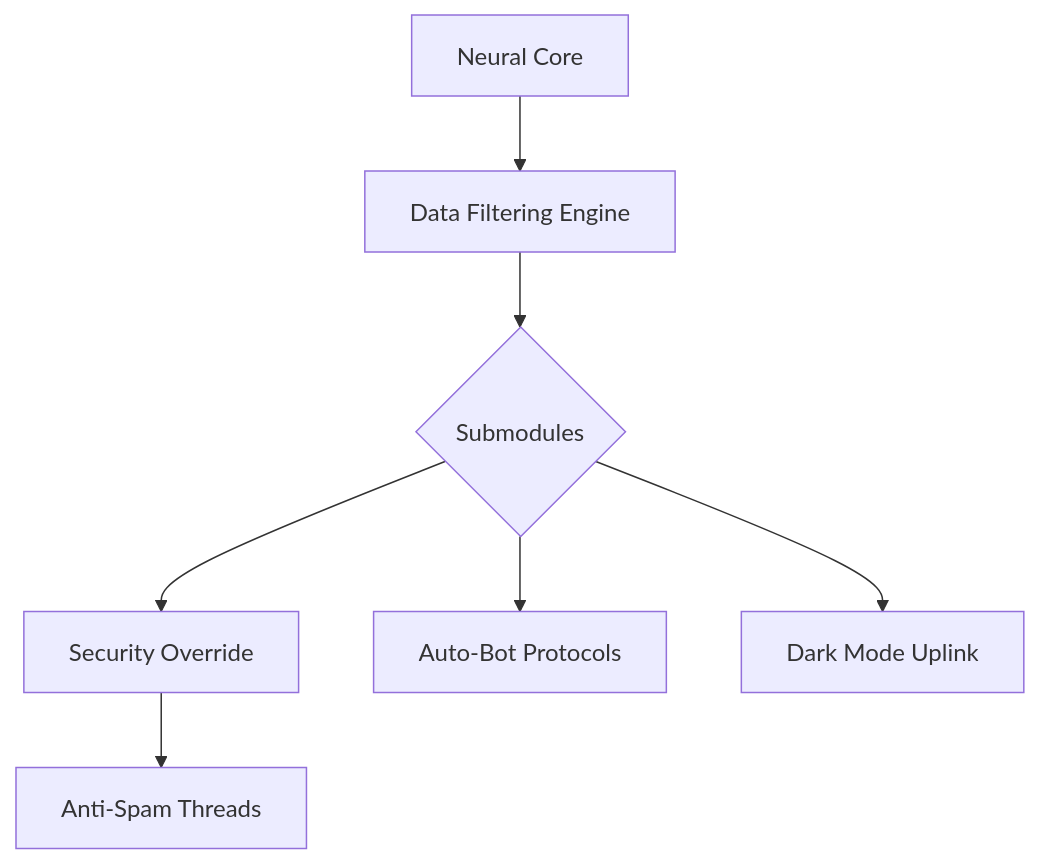
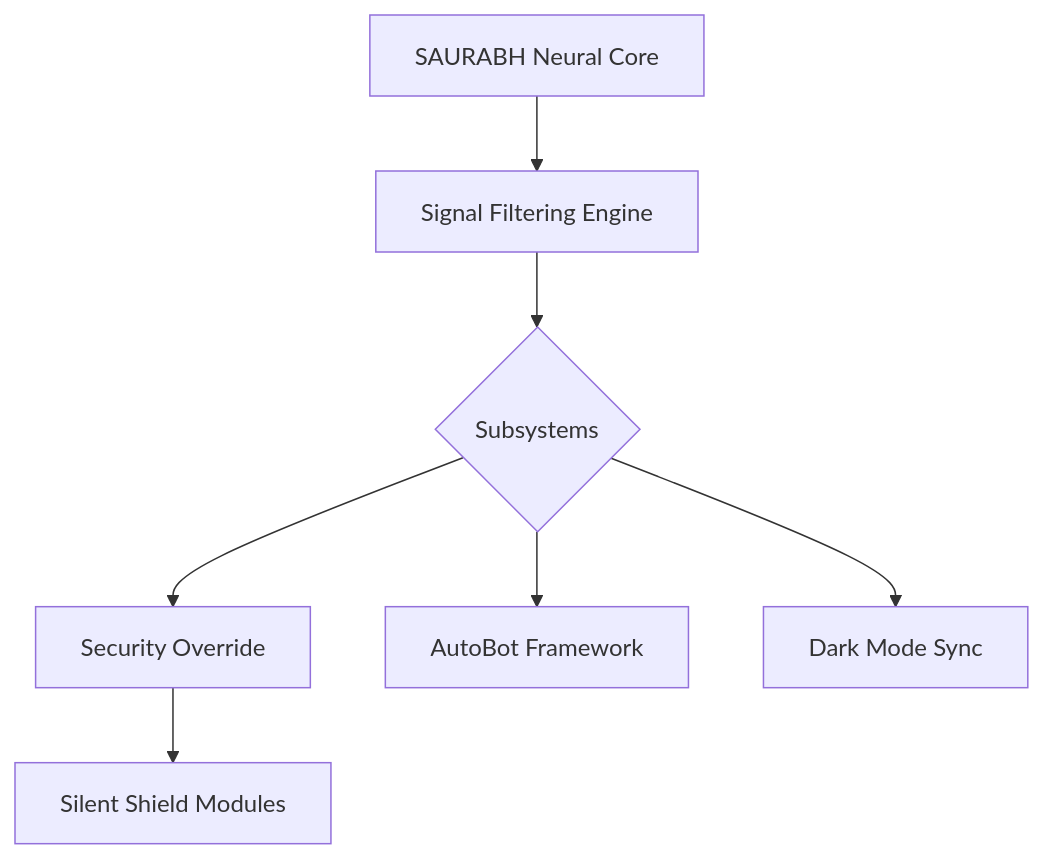
Before and after one commit to SAURABHKUMARCHAUHAN1203/SAURABHKUMARCHAUHAN1203: the diagram in README.md, drawn with Mermaid. The commit also changed other lines of this file, not shown here.

````diff
--- a/README.md
+++ b/README.md
@@ -41,9 +34,9 @@
 ```mermaid
 flowchart TD
-    A[Neural Core] --> B[Data Filtering Engine]
-    B --> C{Submodules}
+    A[SAURABH Neural Core] --> B[Signal Filtering Engine]
+    B --> C{Subsystems}
     C --> D[Security Override]
-    C --> E[Auto-Bot Protocols]
-    C --> F[Dark Mode Uplink]
-    D --> G[Anti-Spam Threads]
+    C --> E[AutoBot Framework]
+    C --> F[Dark Mode Sync]
+    D --> G[Silent Shield Modules]
 ```
````
